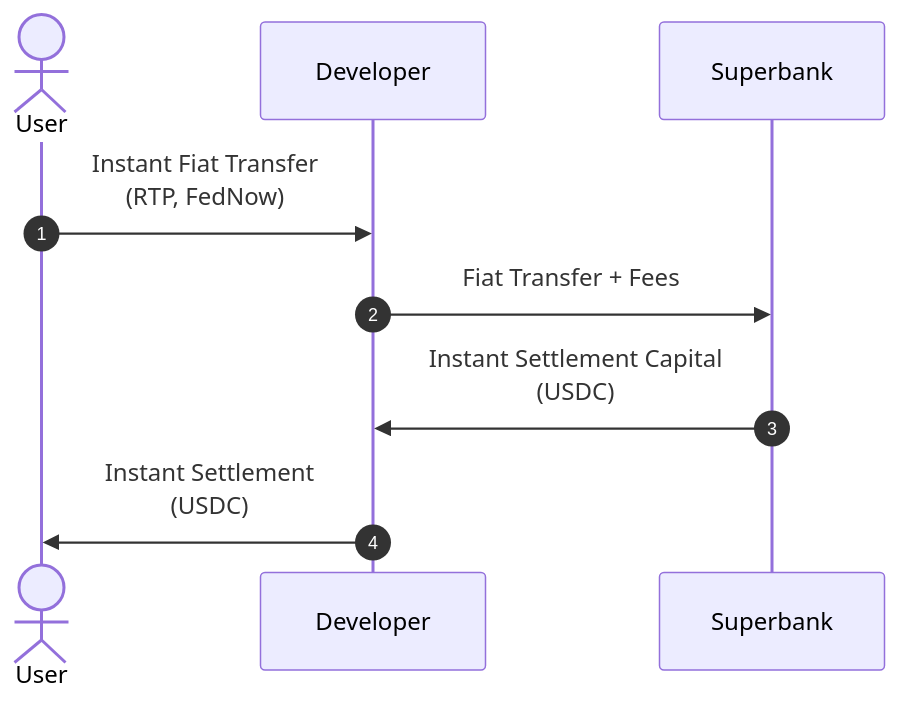
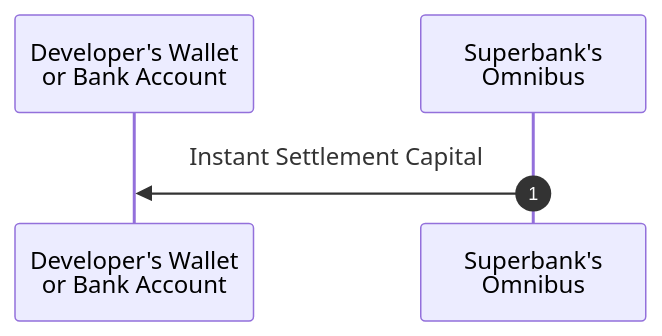
Before and after one commit to arminmeth/docs: the first of 2 diagrams in developer-guide/flow-of-funds.mdx, drawn with Mermaid. The commit also changed other lines of this file and 2 other files, not shown here.

Commit message:
Updated Flow of Funds

````diff
--- a/developer-guide/flow-of-funds.mdx
+++ b/developer-guide/flow-of-funds.mdx
@@ -91,11 +35,7 @@
 ```mermaid
 sequenceDiagram
 	autonumber
-	actor U as User
-	participant C as Developer
-	participant S as Superbank
-	U->>C: Instant Fiat Transfer<br>(RTP, FedNow)
-	C->>S: Fiat Transfer + Fees
-	S->>C: Instant Settlement Capital<br>(USDC)
-	C->>U: Instant Settlement<br>(USDC)
+	participant dwb as Developer's Wallet<br>or Bank Account
+	participant so as Superbank's<br>Omnibus
+	so->>dwb: Instant Settlement Capital
 ```
````
